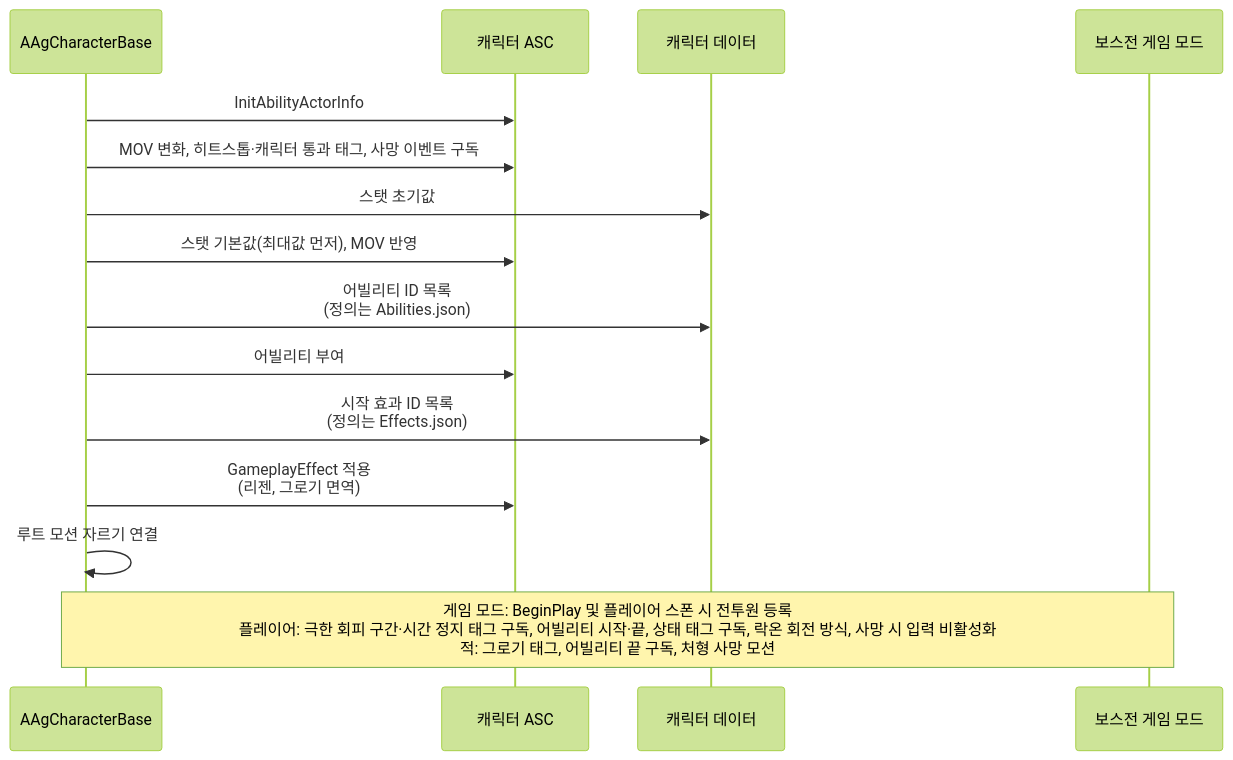
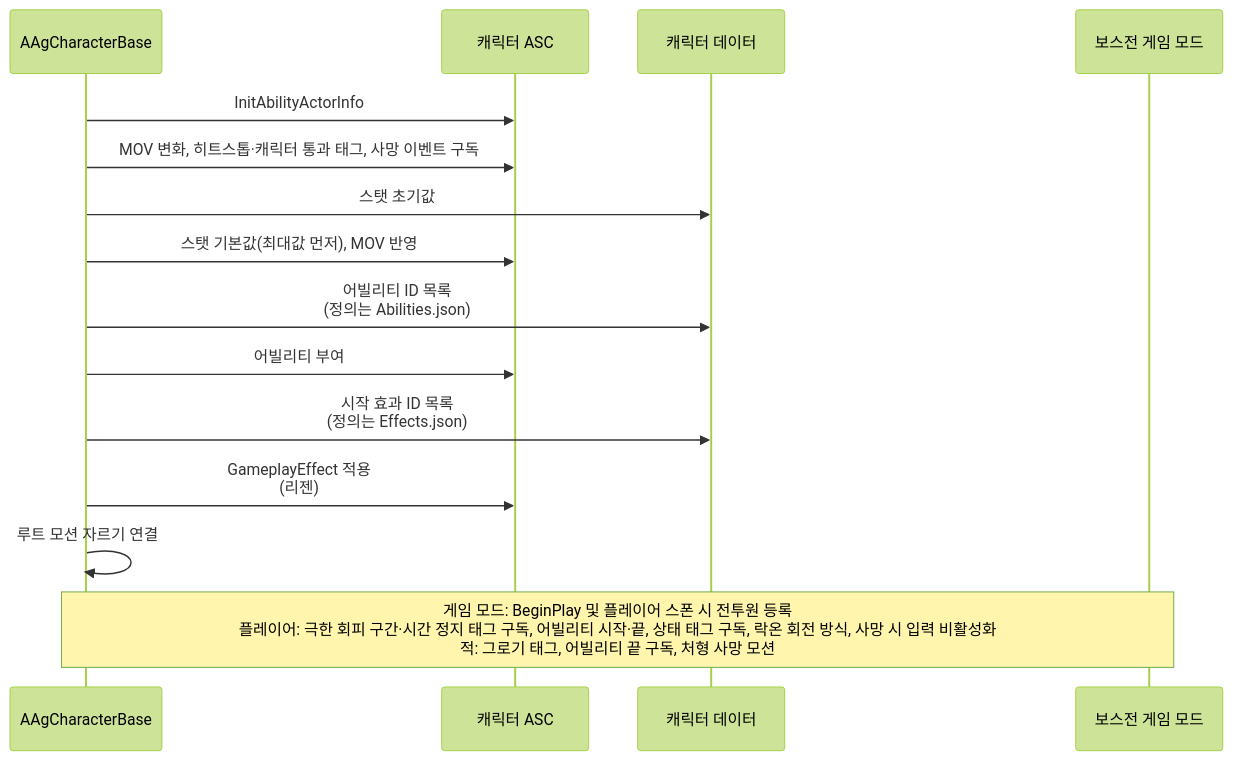
The third of 5 diagrams in Docs/Architecture/캐릭터 기반 구조와 GAS.md (Woogl/Ag), drawn with Mermaid (forest theme) before and after one commit. The commit also changed other lines of this file and 15 other files, not shown here.

````diff
--- a/Docs/Architecture/캐릭터 기반 구조와 GAS.md
+++ b/Docs/Architecture/캐릭터 기반 구조와 GAS.md
@@ -134,17 +134,17 @@
 ```mermaid
 sequenceDiagram
     participant C as AAgCharacterBase
     participant ASC as 캐릭터 ASC
     participant D as 캐릭터 데이터
     participant GM as 보스전 게임 모드
     C->>ASC: InitAbilityActorInfo
     C->>ASC: MOV 변화, 히트스톱·캐릭터 통과 태그, 사망 이벤트 구독
     C->>D: 스탯 초기값
     C->>ASC: 스탯 기본값(최대값 먼저), MOV 반영
     C->>D: 어빌리티 ID 목록<br>(정의는 Abilities.json)
     C->>ASC: 어빌리티 부여
     C->>D: 시작 효과 ID 목록<br>(정의는 Effects.json)
-    C->>ASC: GameplayEffect 적용<br>(리젠, 그로기 면역)
+    C->>ASC: GameplayEffect 적용<br>(리젠)
     C->>C: 루트 모션 자르기 연결
     Note over C,GM: 게임 모드: BeginPlay 및 플레이어 스폰 시 전투원 등록<br>플레이어: 극한 회피 구간·시간 정지 태그 구독, 어빌리티 시작·끝, 상태 태그 구독, 락온 회전 방식, 사망 시 입력 비활성화<br>적: 그로기 태그, 어빌리티 끝 구독, 처형 사망 모션
 ```
````
